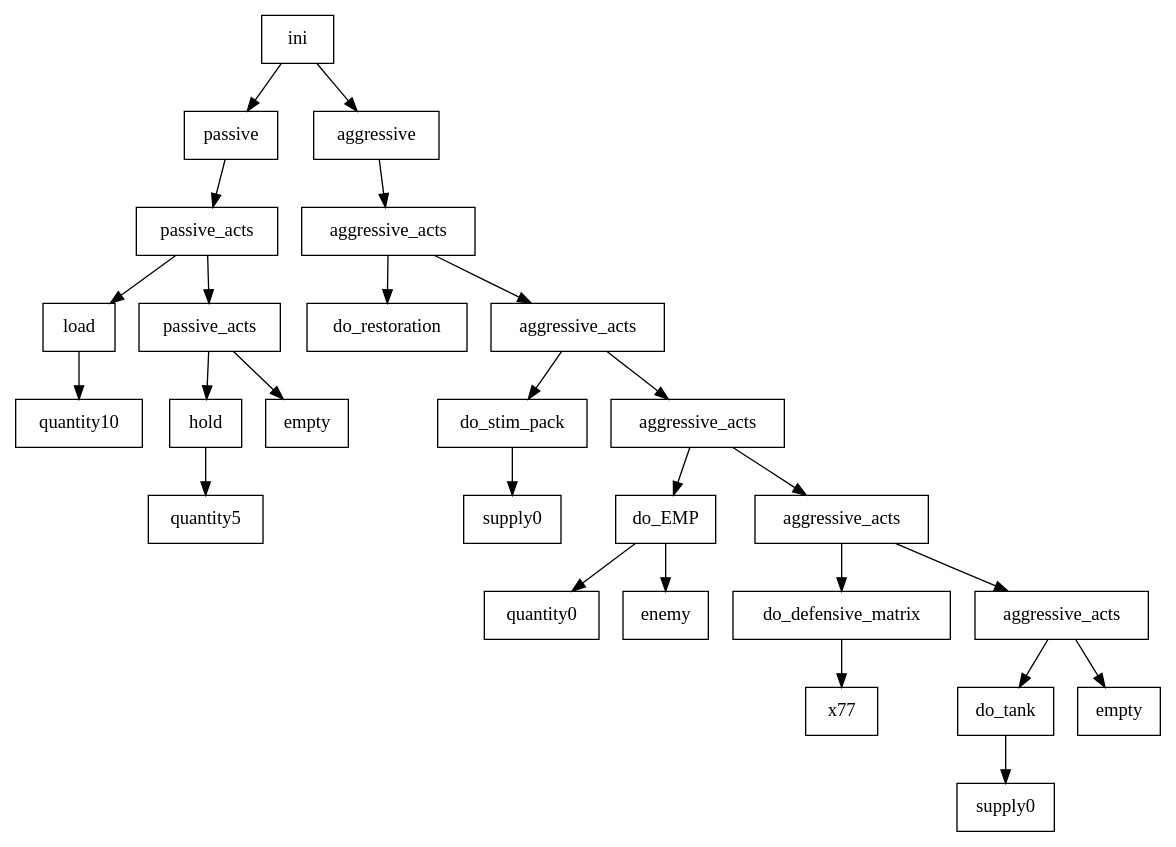
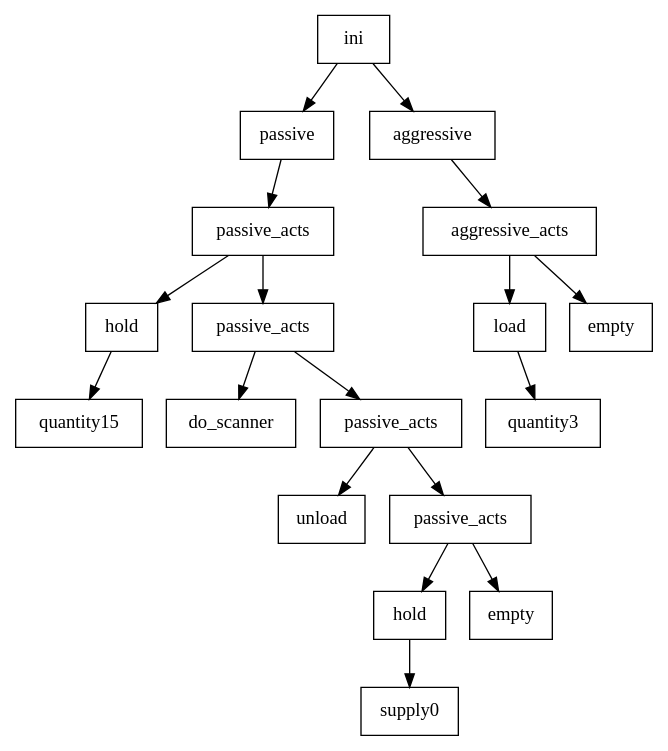
Before and after one commit to cryogenic-dreams/StarCraft-GPBot: the diagram in GPBot/file2.dot, drawn with Graphviz. The commit also changed 50 other files, not shown here.

```diff
--- a/GPBot/file2.dot
+++ b/GPBot/file2.dot
@@ -1,55 +1,39 @@
 digraph g {
 graph [ordering=out];
 node [shape=rectangle];
 n[label = "ini"];
 n0[label = "passive"];
 n00[label = "passive_acts"];
-n000[label = "load"];
-n0000[label = "quantity10"];
+n000[label = "hold"];
+n0000[label = "quantity15"];
 n000 -> n0000;
 n00 -> n000;
 n001[label = "passive_acts"];
-n0010[label = "hold"];
-n00100[label = "quantity5"];
-n0010 -> n00100;
+n0010[label = "do_scanner"];
 n001 -> n0010;
-n0011[label = "empty"];
+n0011[label = "passive_acts"];
+n00110[label = "unload"];
+n0011 -> n00110;
+n00111[label = "passive_acts"];
+n001110[label = "hold"];
+n0011100[label = "supply0"];
+n001110 -> n0011100;
+n00111 -> n001110;
+n001111[label = "empty"];
+n00111 -> n001111;
+n0011 -> n00111;
 n001 -> n0011;
 n00 -> n001;
 n0 -> n00;
 n -> n0;
 n1[label = "aggressive"];
 n10[label = "aggressive_acts"];
-n100[label = "do_restoration"];
+n100[label = "load"];
+n1000[label = "quantity3"];
+n100 -> n1000;
 n10 -> n100;
-n101[label = "aggressive_acts"];
-n1010[label = "do_stim_pack"];
-n10100[label = "supply0"];
-n1010 -> n10100;
-n101 -> n1010;
-n1011[label = "aggressive_acts"];
-n10110[label = "do_EMP"];
-n101100[label = "quantity0"];
-n10110 -> n101100;
-n101101[label = "enemy"];
-n10110 -> n101101;
-n1011 -> n10110;
-n10111[label = "aggressive_acts"];
-n101110[label = "do_defensive_matrix"];
-n1011100[label = "x77"];
-n101110 -> n1011100;
-n10111 -> n101110;
-n101111[label = "aggressive_acts"];
-n1011110[label = "do_tank"];
-n10111100[label = "supply0"];
-n1011110 -> n10111100;
-n101111 -> n1011110;
-n1011111[label = "empty"];
-n101111 -> n1011111;
-n10111 -> n101111;
-n1011 -> n10111;
-n101 -> n1011;
+n101[label = "empty"];
 n10 -> n101;
 n1 -> n10;
 n -> n1;
 }
```
